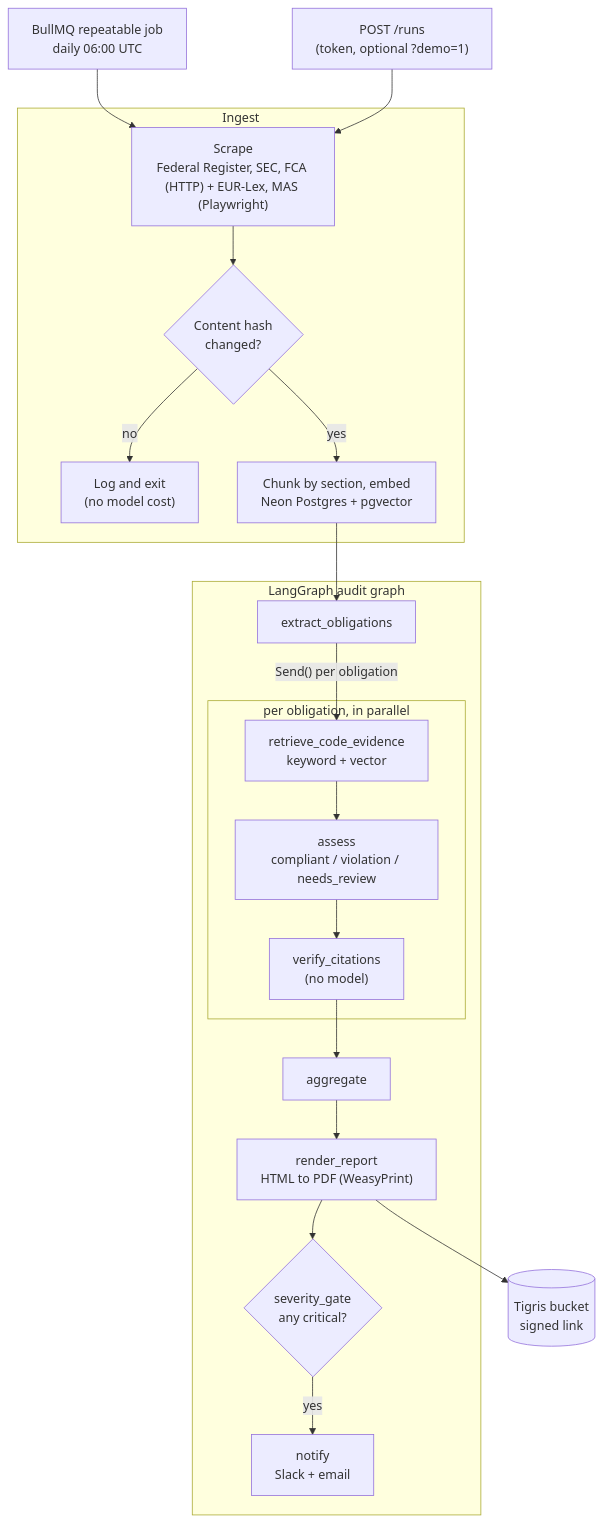
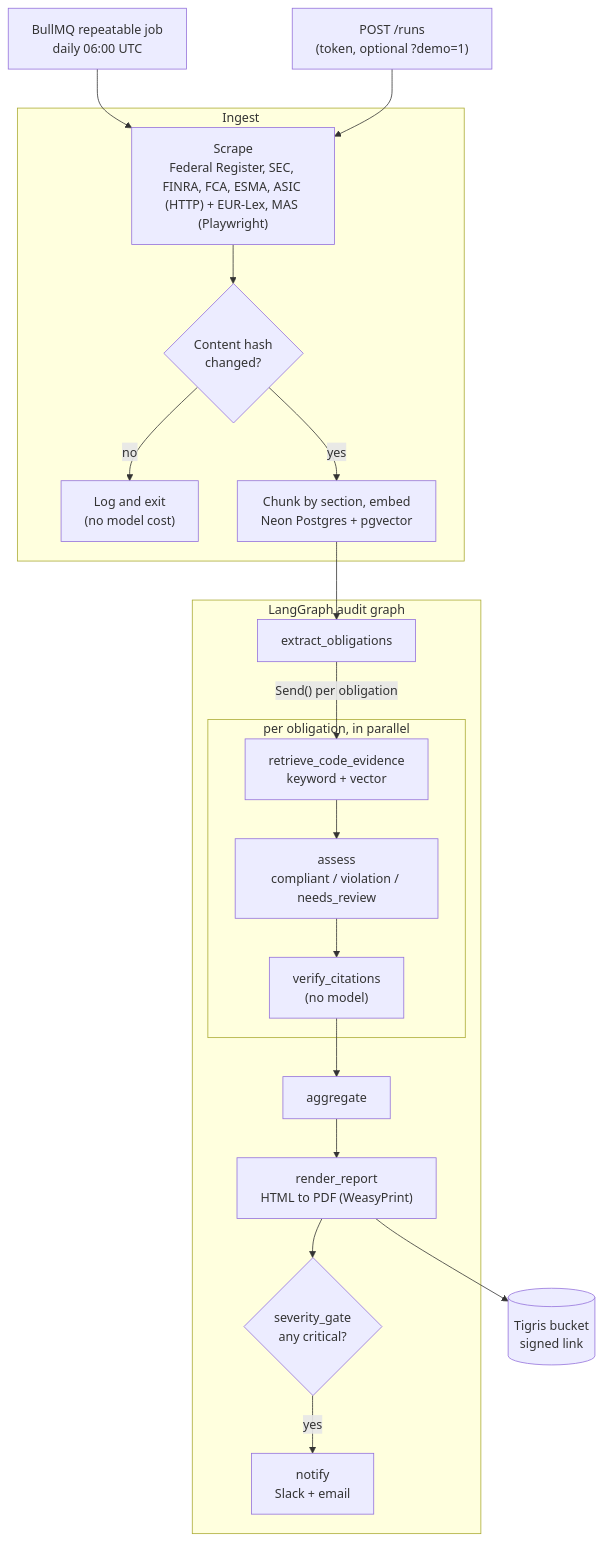
One commit to gengirish/compliance-sentinel changed the diagram in README.md. Above: the diagram before and after it, drawn with Mermaid. The commit also changed other lines of this file and 3 other files, not shown here.

First line of the commit message:
Add ESMA, FINRA and ASIC sources, a digest output mode and a weekly digest

````diff
--- a/README.md
+++ b/README.md
@@ -42,27 +44,27 @@
 ```mermaid
 flowchart TD
     cron["BullMQ repeatable job<br/>daily 06:00 UTC"] --> scrape
     manual["POST /runs<br/>(token, optional ?demo=1)"] --> scrape
 
     subgraph ing [Ingest]
-        scrape["Scrape<br/>Federal Register, SEC, FCA (HTTP) + EUR-Lex, MAS (Playwright)"] --> diff{"Content hash<br/>changed?"}
+        scrape["Scrape<br/>Federal Register, SEC, FINRA, FCA, ESMA, ASIC (HTTP) + EUR-Lex, MAS (Playwright)"] --> diff{"Content hash<br/>changed?"}
         diff -- no --> skip["Log and exit<br/>(no model cost)"]
         diff -- yes --> embed["Chunk by section, embed<br/>Neon Postgres + pgvector"]
     end
 
     embed --> extract
 
     subgraph audit [LangGraph audit graph]
         extract["extract_obligations"] -->|"Send() per obligation"| retrieve
         subgraph per [per obligation, in parallel]
             retrieve["retrieve_code_evidence<br/>keyword + vector"] --> assess["assess<br/>compliant / violation / needs_review"]
             assess --> verify["verify_citations<br/>(no model)"]
         end
         verify --> aggregate["aggregate"]
         aggregate --> render["render_report<br/>HTML to PDF (WeasyPrint)"]
         render --> gate{"severity_gate<br/>any critical?"}
         gate -- yes --> notify["notify<br/>Slack + email"]
     end
 
     render --> store[("Tigris bucket<br/>signed link")]
 ```
````
